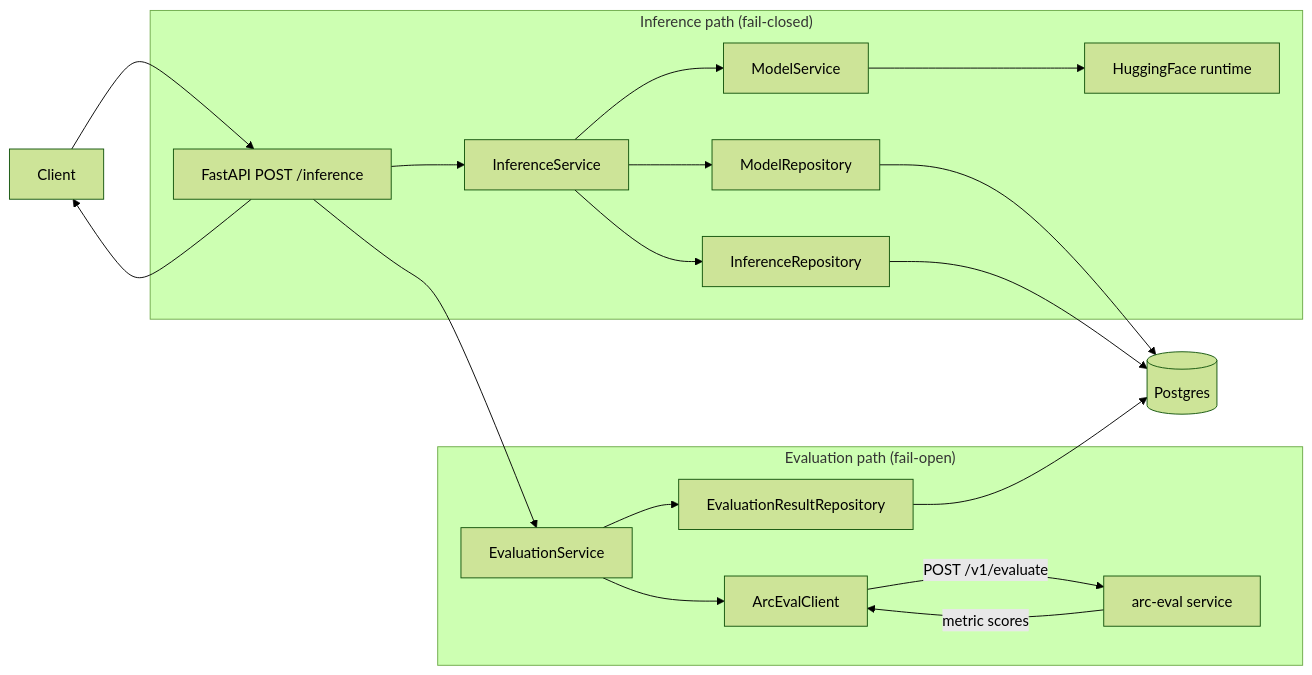
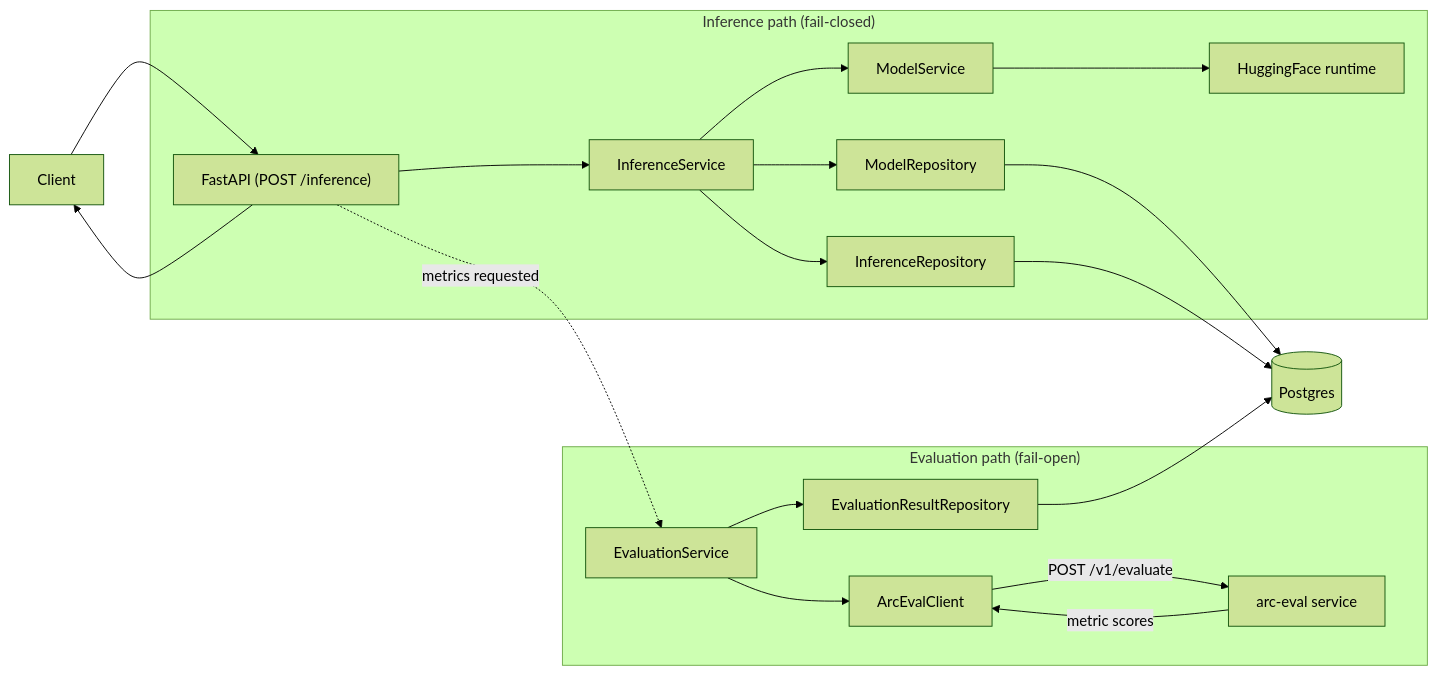
Before and after one commit to DimitarAtanassov/arc-model-lab: the first of 5 diagrams in docs/dataflow.md, drawn with Mermaid (forest theme). The commit also changed other lines of this file and 3 other files, not shown here.

````diff
--- a/docs/dataflow.md
+++ b/docs/dataflow.md
@@ -22,25 +22,25 @@
 ```mermaid
 flowchart LR
-    Client[Client] --> API["FastAPI POST /inference"]
+    Client[Client] --> API["FastAPI (POST /inference)"]
 
     subgraph inf ["Inference path (fail-closed)"]
         API --> InfSvc[InferenceService]
         InfSvc --> ModelRepo[ModelRepository]
         InfSvc --> MS[ModelService]
         MS --> HF[HuggingFace runtime]
         InfSvc --> InfRepo[InferenceRepository]
     end
 
     subgraph ev ["Evaluation path (fail-open)"]
-        API --> EvalSvc[EvaluationService]
+        API -. "metrics requested" .-> EvalSvc[EvaluationService]
         EvalSvc --> AEC[ArcEvalClient]
         AEC -->|"POST /v1/evaluate"| Arc[arc-eval service]
         Arc -->|metric scores| AEC
         EvalSvc --> EvalRepo[EvaluationResultRepository]
     end
 
     ModelRepo --> DB[(Postgres)]
     InfRepo --> DB
     EvalRepo --> DB
     API --> Client
 ```
````
